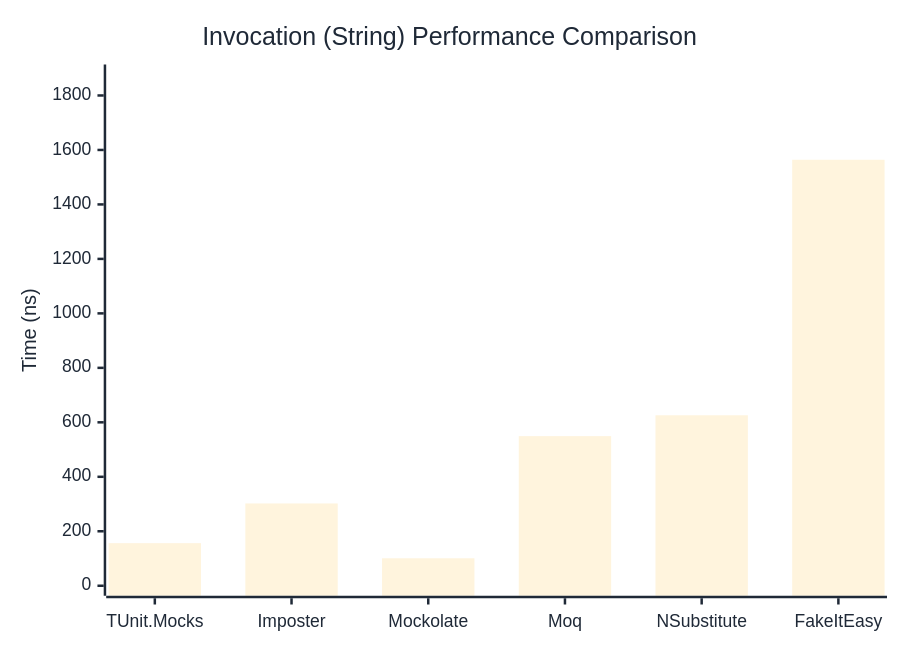
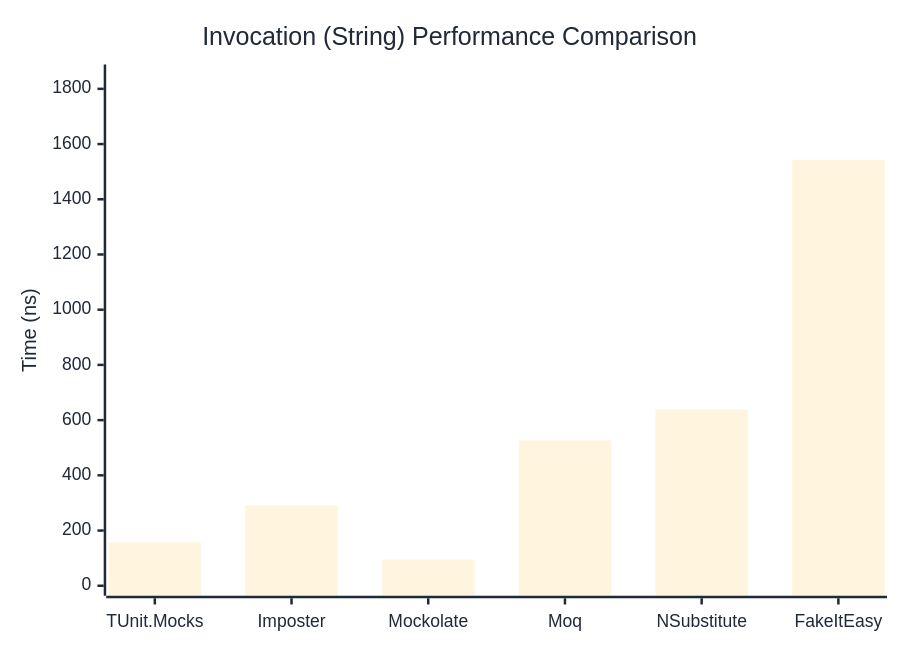
The second of 3 diagrams in docs/docs/benchmarks/mocks/Invocation.md (thomhurst/TUnit), drawn with Mermaid before and after one commit. The commit also changed other lines of this file and 14 other files, not shown here.

````diff
--- a/docs/docs/benchmarks/mocks/Invocation.md
+++ b/docs/docs/benchmarks/mocks/Invocation.md
@@ -69,27 +69,27 @@
 ```mermaid
 %%{init: {
   'theme':'base',
   'themeVariables': {
     'primaryColor': '#2563eb',
     'primaryTextColor': '#1f2937',
     'primaryBorderColor': '#1e40af',
     'lineColor': '#6b7280',
     'secondaryColor': '#7c3aed',
     'tertiaryColor': '#dc2626',
     'background': '#ffffff',
     'pie1': '#2563eb',
     'pie2': '#7c3aed',
     'pie3': '#dc2626',
     'pie4': '#f59e0b',
     'pie5': '#10b981',
     'pie6': '#06b6d4',
     'pie7': '#ec4899',
     'pie8': '#6366f1'
   }
 }}%%
 xychart-beta
   title "Invocation (String) Performance Comparison"
   x-axis ["TUnit.Mocks", "Imposter", "Mockolate", "Moq", "NSubstitute", "FakeItEasy"]
-  y-axis "Time (ns)" 0 --> 1877
-  bar [156.4, 302.2, 100.9, 549.3, 625.9, 1564]
+  y-axis "Time (ns)" 0 --> 1852
+  bar [157.14, 291.05, 94.54, 526.33, 638.24, 1543.16]
 ```
````
